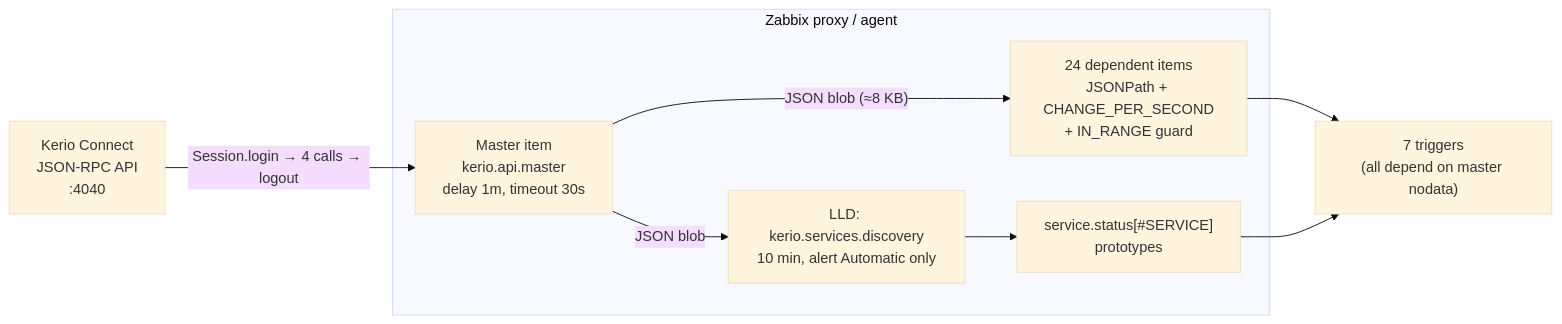
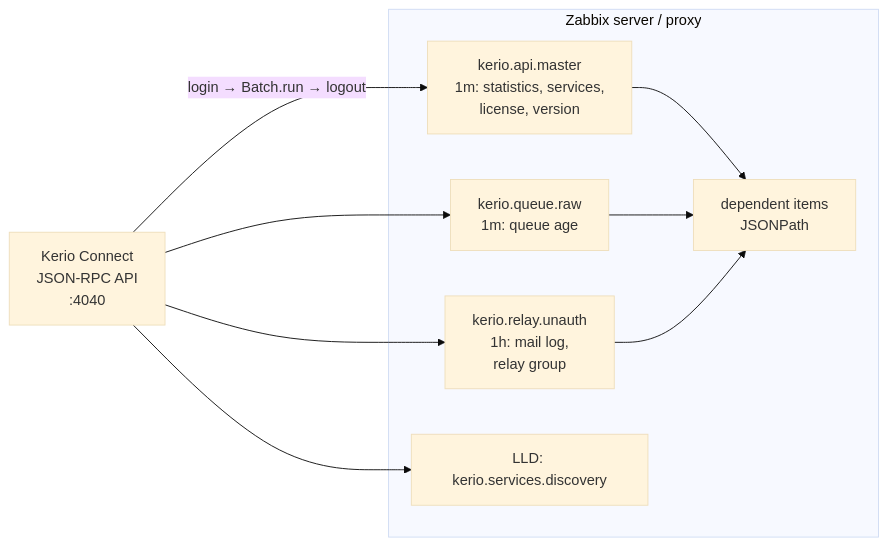
One commit to IT-for-Prof/zabbix-kerio-connect changed the first of 2 diagrams in README_EN.md. Above: the diagram before and after it, drawn with Mermaid (base theme). The commit also changed other lines of this file and 3 other files, not shown here.

First line of the commit message:
Docs 1.2.0: architecture, relay group and open-relay triggers, Smtp.get relayControl; plain-language pass

````diff
--- a/README_EN.md
+++ b/README_EN.md
@@ -12,18 +12,18 @@
 ```mermaid
 flowchart LR
     K[Kerio Connect<br/>JSON-RPC API<br/>:4040]
-    subgraph Z[Zabbix proxy / agent]
-        M["Master item<br/>kerio.api.master<br/>delay 1m, timeout 30s"]
-        D["24 dependent items<br/>JSONPath + CHANGE_PER_SECOND<br/>+ IN_RANGE guard"]
-        L["LLD: kerio.services.discovery<br/>10 min, alert Automatic only"]
-        SP["service.status[#SERVICE]<br/>prototypes"]
+    subgraph Z[Zabbix server / proxy]
+        M["kerio.api.master<br/>1m: statistics, services,<br/>license, version"]
+        Q["kerio.queue.raw<br/>1m: queue age"]
+        R["kerio.relay.unauth<br/>1h: mail log,<br/>relay group"]
+        L["LLD: kerio.services.discovery"]
+        D["dependent items<br/>JSONPath"]
     end
-    T["7 triggers<br/>(all depend on master nodata)"]
-
-    K -- "Session.login → 4 calls → logout" --> M
-    M -- "JSON blob (≈8 KB)" --> D
-    M -- "JSON blob" --> L
-    L --> SP
-    D --> T
-    SP --> T
+    K -- "login → Batch.run → logout" --> M
+    K --> Q
+    K --> R
+    K --> L
+    M --> D
+    Q --> D
+    R --> D
 ```
````
